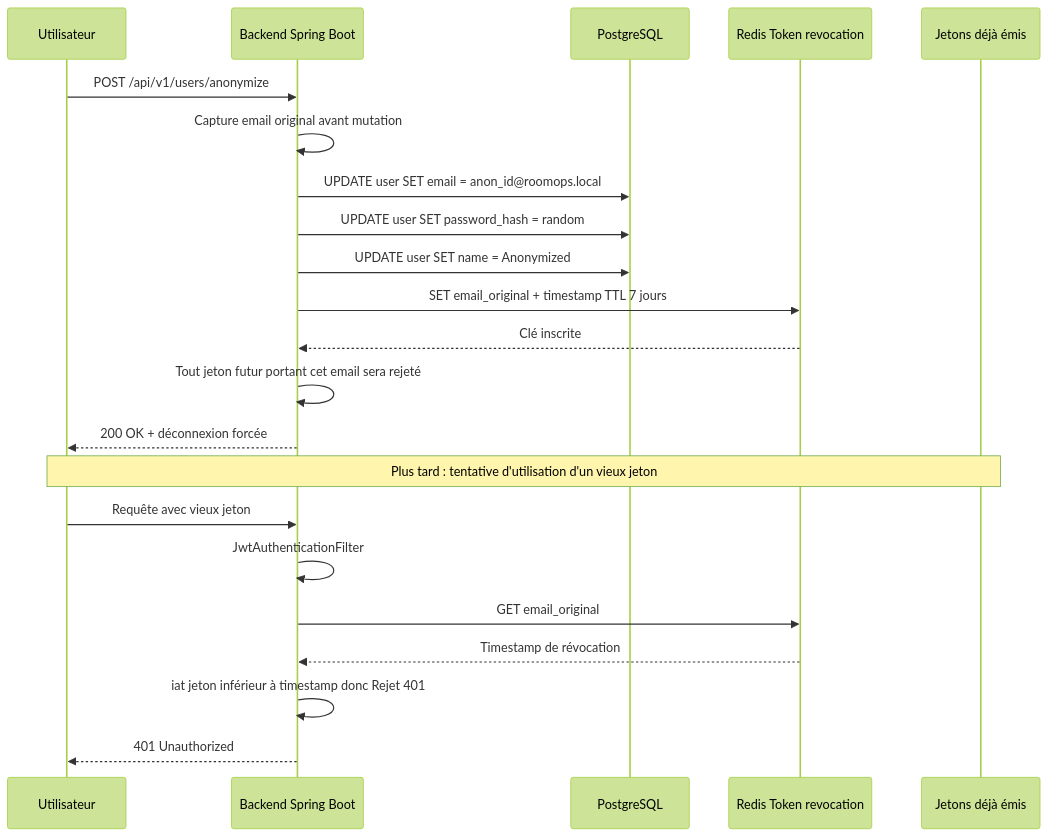
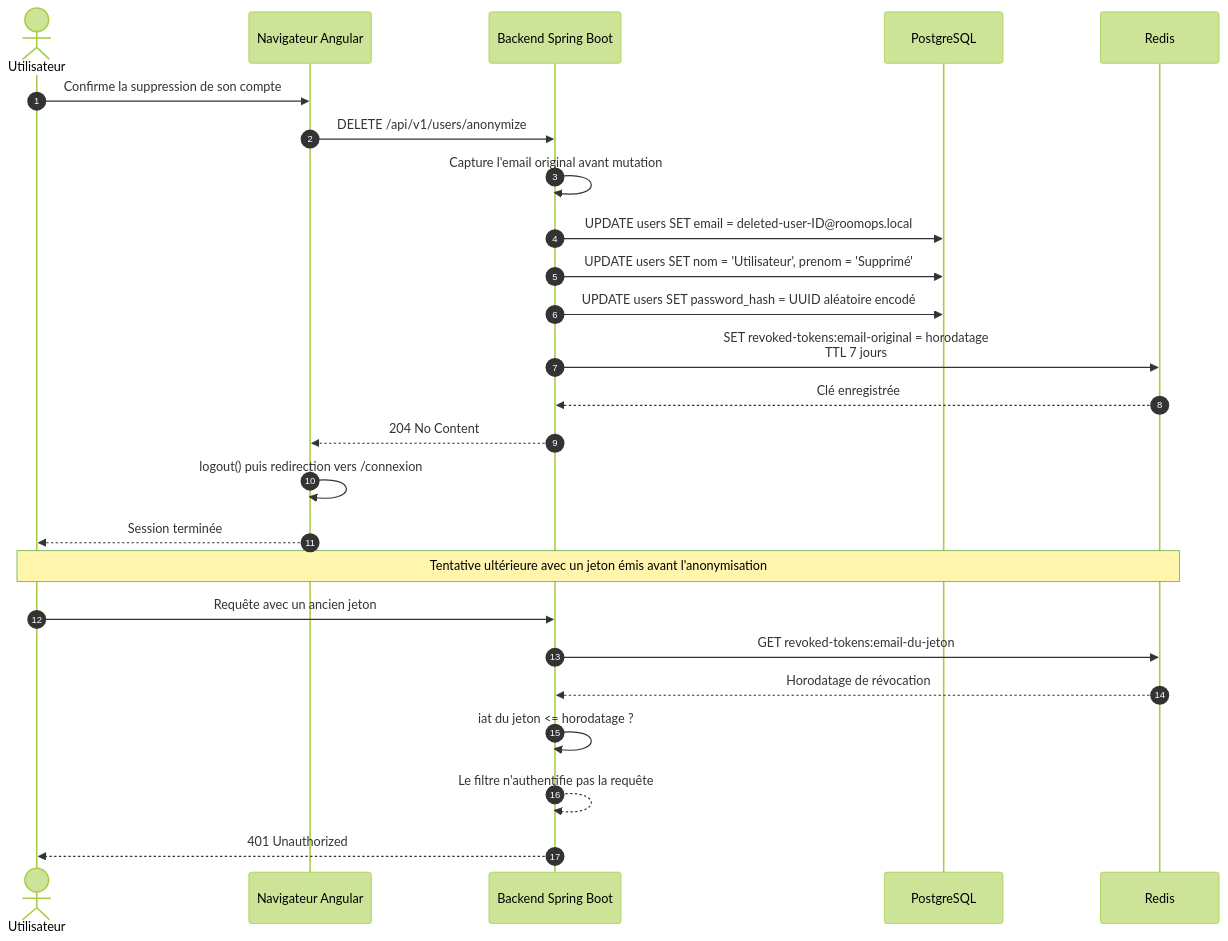
One commit to UBONGO2000/roomops changed the diagram in docs/04-sequence-rgpd.md. Above: the diagram before and after it, drawn with Mermaid (forest theme). The commit also changed other lines of this file, not shown here.

Commit message:
Fix sequence diagram and comments for user anonymization
Correct the sequence diagram for user anonymization and token revocation process. Update HTTP methods and response codes in the comments.

````diff
--- a/docs/04-sequence-rgpd.md
+++ b/docs/04-sequence-rgpd.md
@@ -2,29 +7,30 @@
 ```mermaid
-
 sequenceDiagram
-    participant U as Utilisateur
+    autonumber
+    actor U as Utilisateur
+    participant F as Navigateur Angular
     participant B as Backend Spring Boot
     participant DB as PostgreSQL
-    participant R as Redis Token revocation
-    participant JWT as Jetons déjà émis
+    participant R as Redis
 
-    U->>B: POST /api/v1/users/anonymize
-    B->>B: Capture email original avant mutation
-    B->>DB: UPDATE user SET email = anon_id@roomops.local
-    B->>DB: UPDATE user SET password_hash = random
-    B->>DB: UPDATE user SET name = Anonymized
-    B->>R: SET email_original + timestamp TTL 7 jours
-    R-->>B: Clé inscrite
-    B->>B: Tout jeton futur portant cet email sera rejeté
-    B-->>U: 200 OK + déconnexion forcée
+    U->>F: Confirme la suppression de son compte
+    F->>B: DELETE /api/v1/users/anonymize
+    B->>B: Capture l'email original avant mutation
+    B->>DB: UPDATE users SET email = deleted-user-ID@roomops.local
+    B->>DB: UPDATE users SET nom = 'Utilisateur', prenom = 'Supprimé'
+    B->>DB: UPDATE users SET password_hash = UUID aléatoire encodé
+    B->>R: SET revoked-tokens:email-original = horodatage<br/>TTL 7 jours
+    R-->>B: Clé enregistrée
+    B-->>F: 204 No Content
+    F->>F: logout() puis redirection vers /connexion
+    F-->>U: Session terminée
 
-    Note over U,JWT: Plus tard : tentative d'utilisation d'un vieux jeton
+    Note over U,R: Tentative ultérieure avec un jeton émis avant l'anonymisation
 
-    U->>B: Requête avec vieux jeton
-    B->>B: JwtAuthenticationFilter
-    B->>R: GET email_original
-    R-->>B: Timestamp de révocation
-    B->>B: iat jeton inférieur à timestamp donc Rejet 401
+    U->>B: Requête avec un ancien jeton
+    B->>R: GET revoked-tokens:email-du-jeton
+    R-->>B: Horodatage de révocation
+    B->>B: iat du jeton <= horodatage ?
+    B-->>B: Le filtre n'authentifie pas la requête
     B-->>U: 401 Unauthorized
-
 ```
````
